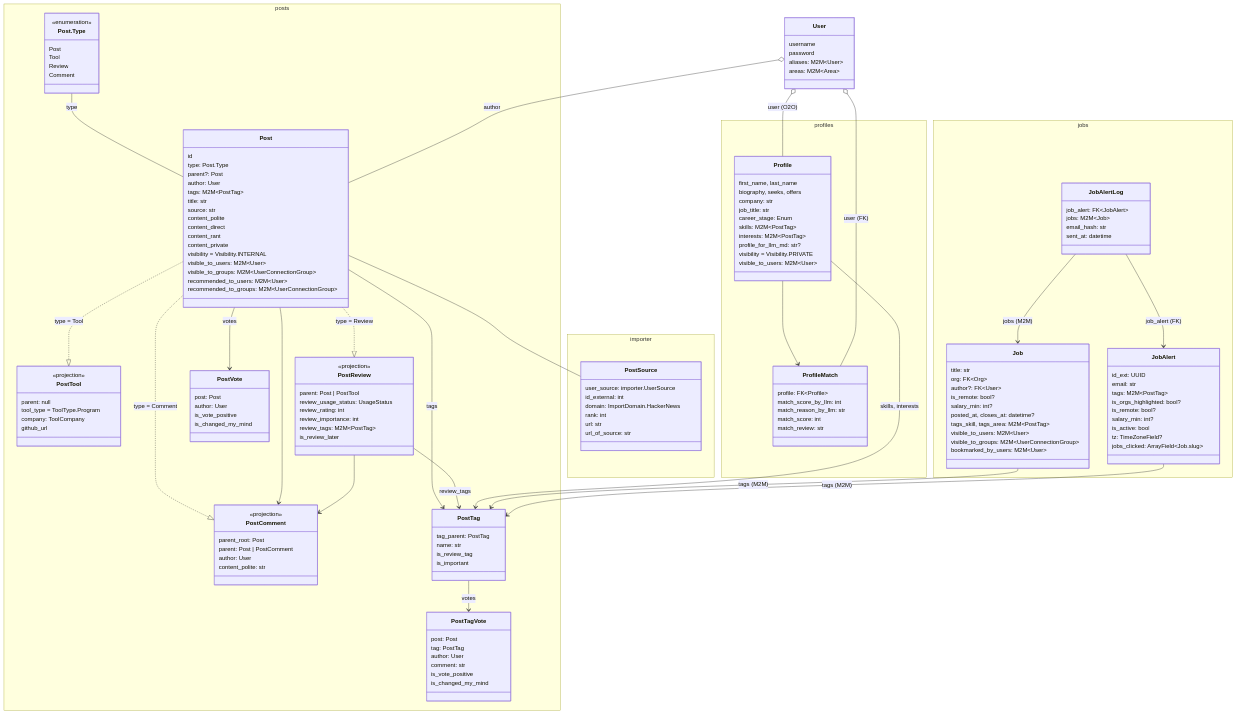
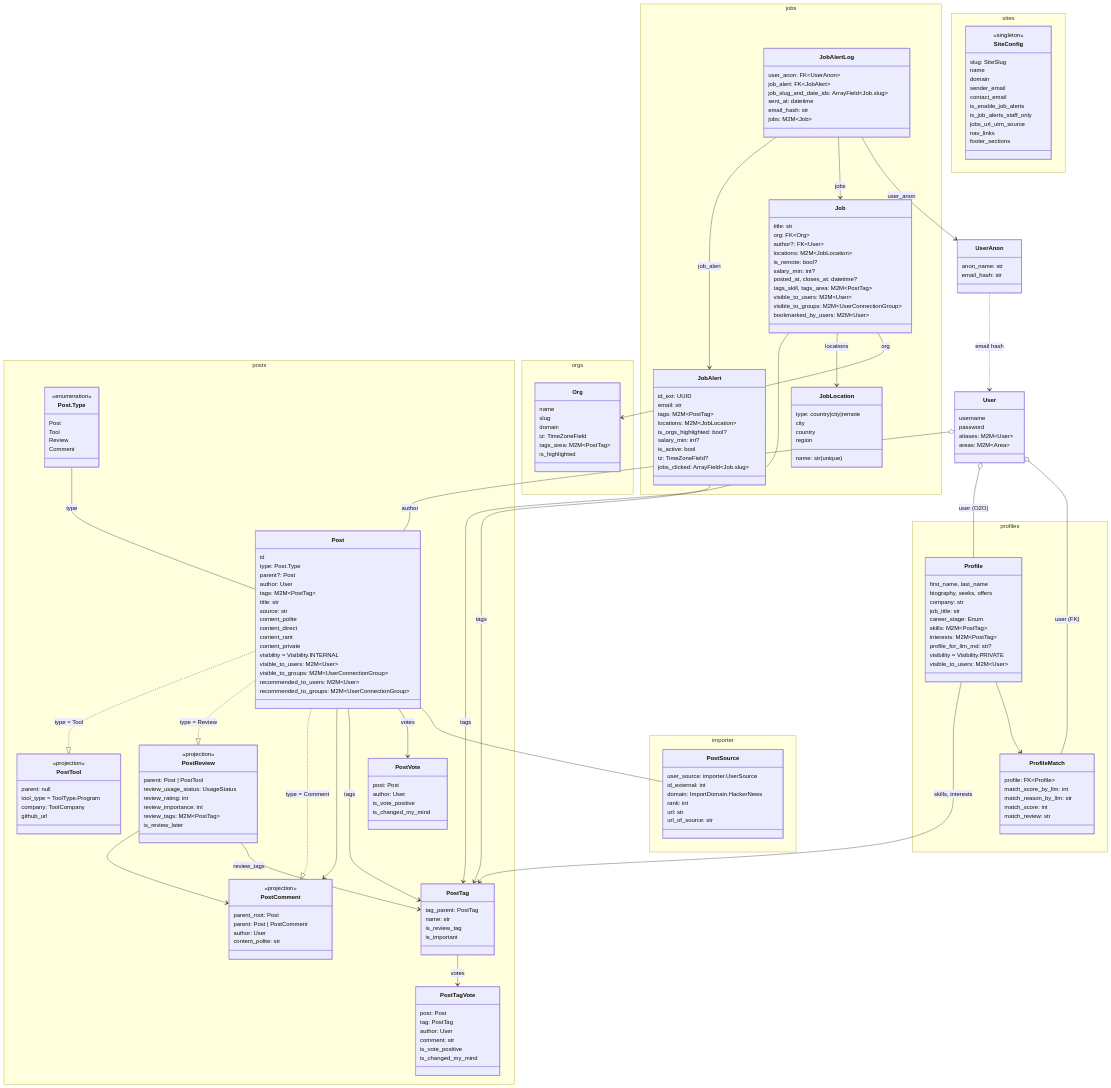
Before and after one commit to neuronhub-app/NeuronHub: the diagram in docs/architecture/README.md, drawn with Mermaid. The commit also changed 9 other files, not shown here.

````diff
--- a/docs/architecture/README.md
+++ b/docs/architecture/README.md
@@ -106,11 +106,18 @@
     PostReview --> PostTag: review_tags
     Post --> PostVote: votes
     User o-- Post: author
+    UserAnon ..> User : email hash
+
     class User {
         username
         password
         aliases: M2M~User~
         areas: M2M~Area~
+    }
+    class UserAnon {
+        %% deterministic by email for Posthog/Sentry
+        anon_name: str
+        email_hash: str
     }
 
     Post -- PostSource
@@ -162,16 +169,31 @@
         }
     }
 
-    Job --> PostTag : tags (M2M)
-    JobAlert --> PostTag : tags (M2M)
-    JobAlertLog --> JobAlert : job_alert (FK)
-    JobAlertLog --> Job : jobs (M2M)
+    Job --> PostTag : tags
+    Job --> JobLocation : locations
+    Job --> Org : org
+    JobAlert --> PostTag : tags
+    JobAlertLog --> JobAlert : job_alert
+    JobAlertLog --> Job : jobs
+    JobAlertLog --> UserAnon : user_anon
+
+    namespace orgs {
+        class Org {
+            name
+            slug
+            domain
+            tz: TimeZoneField
+            tags_area: M2M~PostTag~
+            is_highlighted
+        }
+    }
 
     namespace jobs {
         class Job {
             title: str
             org: FK~Org~
             author?: FK~User~
+            locations: M2M~JobLocation~
             is_remote: bool?
             salary_min: int?
             posted_at, closes_at: datetime?
@@ -181,12 +203,20 @@
             bookmarked_by_users: M2M~User~
         }
 
+        class JobLocation {
+            name: str (unique)
+            type: country|city|remote
+            city
+            country
+            region
+        }
+
         class JobAlert {
             id_ext: UUID
             email: str
             tags: M2M~PostTag~
+            locations: M2M~JobLocation~
             is_orgs_highlighted: bool?
-            is_remote: bool?
             salary_min: int?
             is_active: bool
             tz: TimeZoneField?
@@ -194,10 +224,29 @@
         }
 
         class JobAlertLog {
+            user_anon: FK~UserAnon~
             job_alert: FK~JobAlert~
+            job_slug_and_date_ids: ArrayField~Job.slug~
+            sent_at: datetime
+            %% deprecated
+            email_hash: str
             jobs: M2M~Job~
-            email_hash: str
-            sent_at: datetime
+        }
+    }
+
+    namespace sites {
+        class SiteConfig {
+            <<singleton>>
+            slug: SiteSlug
+            name
+            domain
+            sender_email
+            contact_email
+            is_enable_job_alerts
+            is_job_alerts_staff_only
+            jobs_url_utm_source
+            nav_links
+            footer_sections
         }
     }
 ```
````
